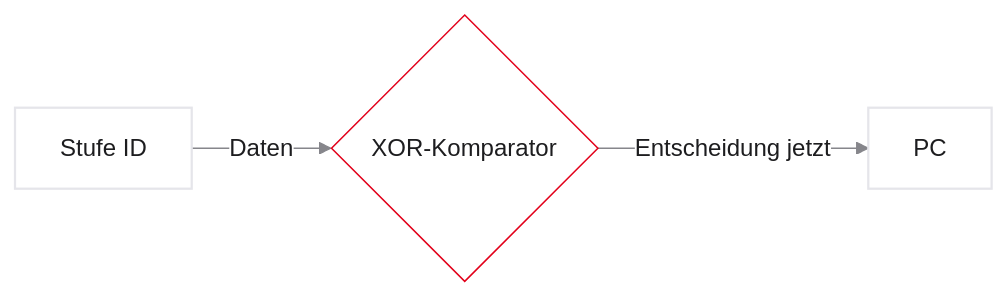
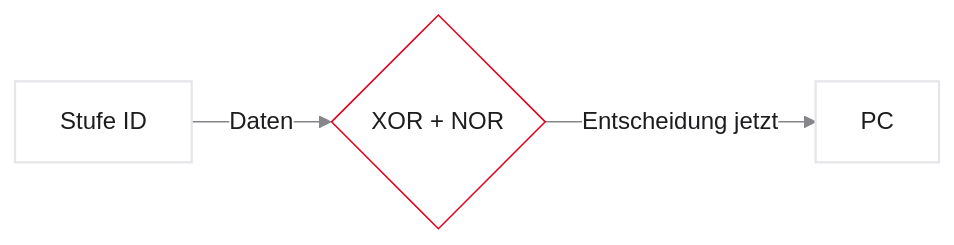
Before and after one commit to dantschi/mct1: diagram 18 of 21 in vorlesungen/07_performance-pipelining.qmd, drawn with Mermaid. The commit also changed other lines of this file and 22 other files, not shown here.

````diff
--- a/vorlesungen/07_performance-pipelining.qmd
+++ b/vorlesungen/07_performance-pipelining.qmd
@@ -1103,11 +1103,11 @@
 ```{mermaid}
 %%| fig-width: 3.5
 %%{init: {'theme': 'base', 'themeVariables': {'background': '#FFFFFF', 'primaryColor': '#FFFFFF', 'primaryBorderColor': '#E5E5EA', 'primaryTextColor': '#1D1D1F', 'lineColor': '#86868B', 'secondaryColor': '#F5F5F7', 'tertiaryColor': '#FFFFFF', 'mainBkg': '#FFFFFF', 'nodeBorder': '#E5E5EA', 'clusterBkg': '#F5F5F7', 'clusterBorder': '#E5E5EA', 'titleColor': '#1D1D1F', 'edgeLabelBackground': '#FFFFFF'}}}%%
 
 graph LR
-  ID[Stufe ID] -->|Daten| XOR{XOR-Komparator}
+  ID[Stufe ID] -->|Daten| XOR{XOR + NOR}
   XOR -->|Entscheidung jetzt| PC
   style XOR fill:#FFFFFF,stroke:#E2001A,stroke-width:2px !important
   style ID fill:#FFFFFF,stroke:#E5E5EA,stroke-width:1.5px
   style PC fill:#FFFFFF,stroke:#E5E5EA,stroke-width:1.5px
 ```
````
